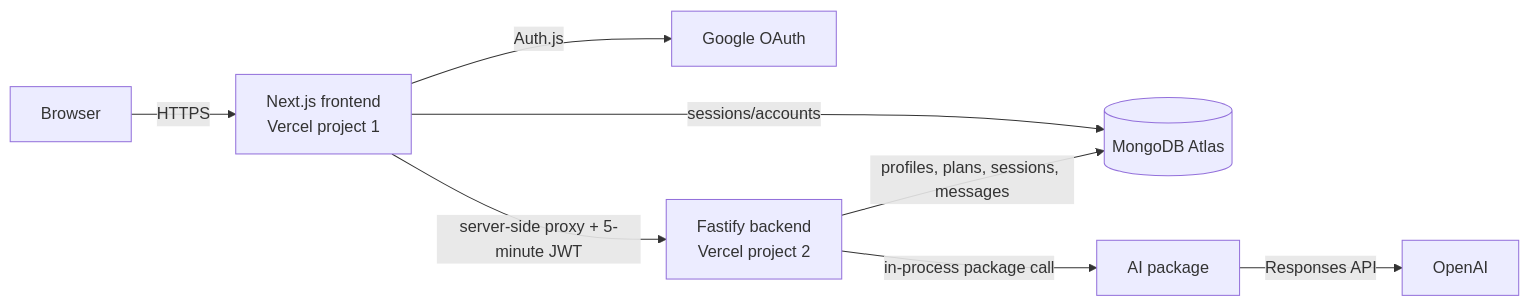
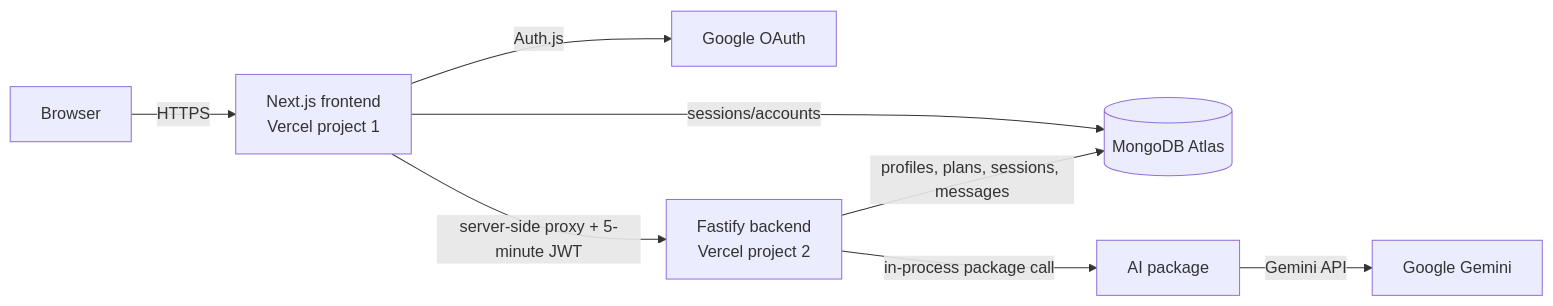
Before and after one commit to bharatgl/fitai-coach-web: the diagram in docs/architecture.md, drawn with Mermaid. The commit also changed other lines of this file and 17 other files, not shown here.

````diff
--- a/docs/architecture.md
+++ b/docs/architecture.md
@@ -5,10 +5,10 @@
 ```mermaid
 flowchart LR
   U[Browser] -->|HTTPS| F[Next.js frontend<br/>Vercel project 1]
   F -->|Auth.js| G[Google OAuth]
   F -->|sessions/accounts| M[(MongoDB Atlas)]
   F -->|server-side proxy + 5-minute JWT| B[Fastify backend<br/>Vercel project 2]
   B -->|profiles, plans, sessions, messages| M
   B -->|in-process package call| A[AI package]
-  A -->|Responses API| O[OpenAI]
+  A -->|Gemini API| O[Google Gemini]
 ```
````
